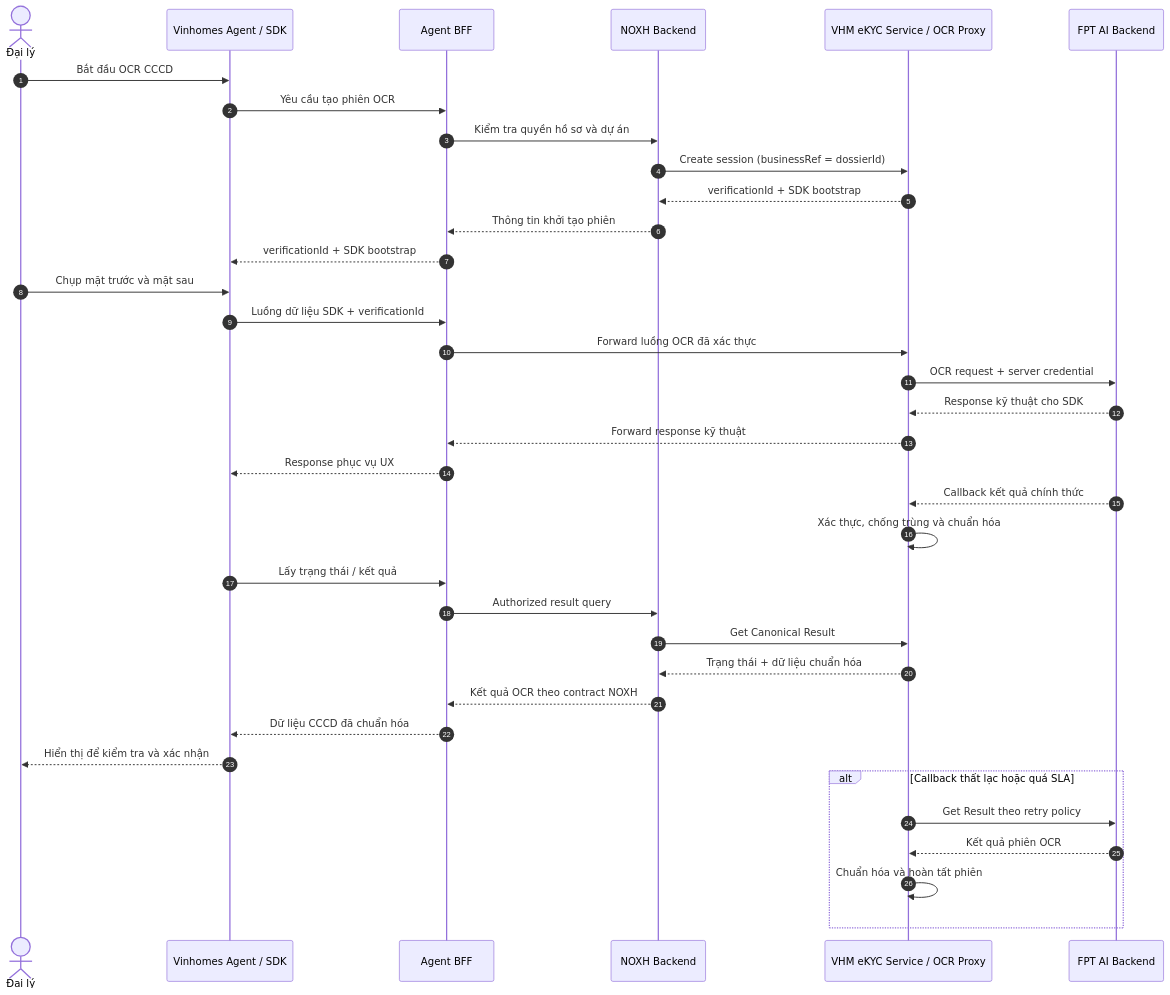
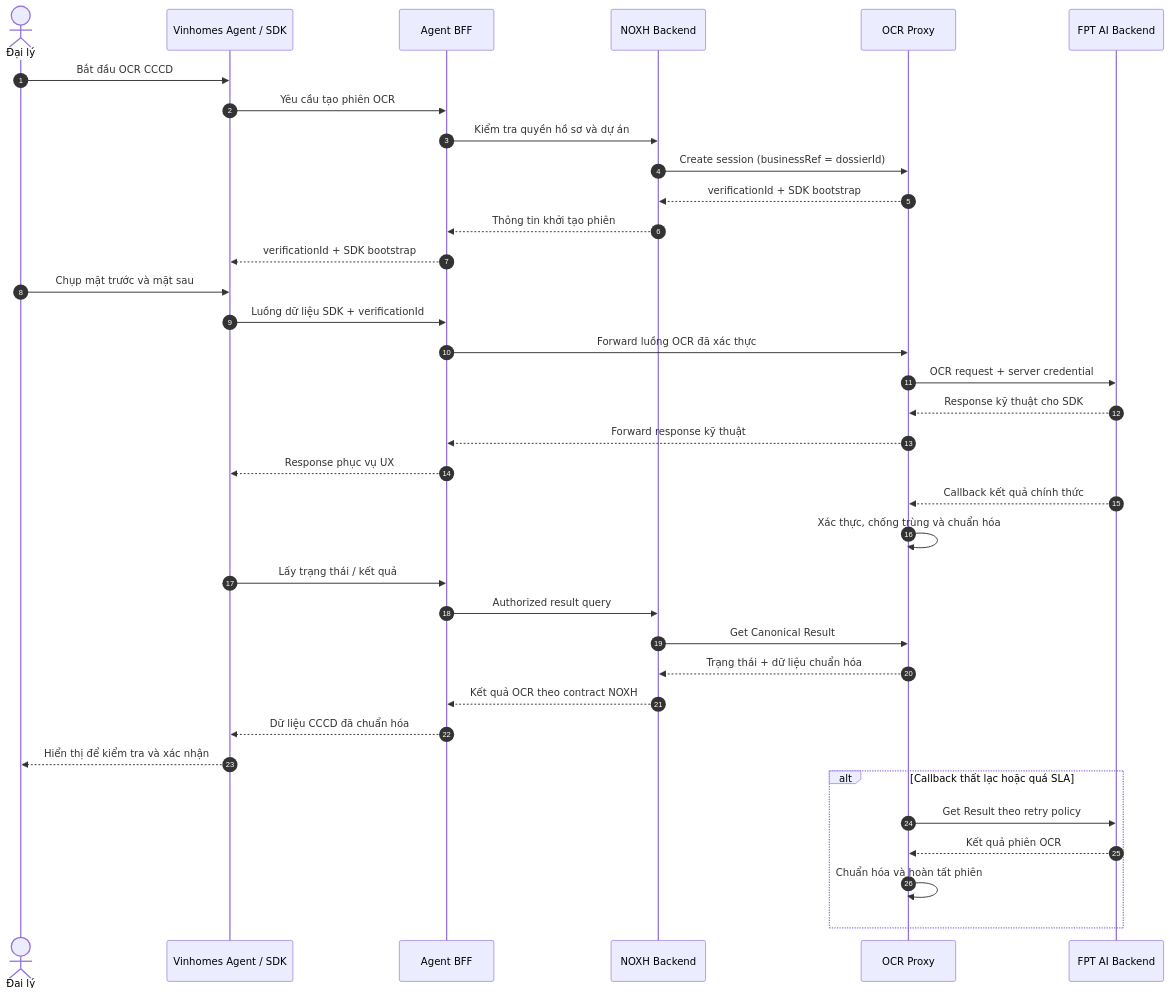
One commit to huynv-xyz/vhm changed the second of 8 diagrams in noxh.md. Above: the diagram before and after it, drawn with Mermaid. The commit also changed other lines of this file, not shown here.

````diff
--- a/noxh.md
+++ b/noxh.md
@@ -164,42 +164,42 @@
 ```mermaid
 sequenceDiagram
     autonumber
     actor DL as Đại lý
     participant APP as Vinhomes Agent / SDK
     participant BFF as Agent BFF
     participant NOXH as NOXH Backend
-    participant OCR as VHM eKYC Service / OCR Proxy
+    participant OCR as OCR Proxy
     participant FPT as FPT AI Backend
 
     DL->>APP: Bắt đầu OCR CCCD
     APP->>BFF: Yêu cầu tạo phiên OCR
     BFF->>NOXH: Kiểm tra quyền hồ sơ và dự án
     NOXH->>OCR: Create session (businessRef = dossierId)
     OCR-->>NOXH: verificationId + SDK bootstrap
     NOXH-->>BFF: Thông tin khởi tạo phiên
     BFF-->>APP: verificationId + SDK bootstrap
 
     DL->>APP: Chụp mặt trước và mặt sau
     APP->>BFF: Luồng dữ liệu SDK + verificationId
     BFF->>OCR: Forward luồng OCR đã xác thực
     OCR->>FPT: OCR request + server credential
     FPT-->>OCR: Response kỹ thuật cho SDK
     OCR-->>BFF: Forward response kỹ thuật
     BFF-->>APP: Response phục vụ UX
 
     FPT-->>OCR: Callback kết quả chính thức
     OCR->>OCR: Xác thực, chống trùng và chuẩn hóa
     APP->>BFF: Lấy trạng thái / kết quả
     BFF->>NOXH: Authorized result query
     NOXH->>OCR: Get Canonical Result
     OCR-->>NOXH: Trạng thái + dữ liệu chuẩn hóa
     NOXH-->>BFF: Kết quả OCR theo contract NOXH
     BFF-->>APP: Dữ liệu CCCD đã chuẩn hóa
     APP-->>DL: Hiển thị để kiểm tra và xác nhận
 
     alt Callback thất lạc hoặc quá SLA
         OCR->>FPT: Get Result theo retry policy
         FPT-->>OCR: Kết quả phiên OCR
         OCR->>OCR: Chuẩn hóa và hoàn tất phiên
     end
 ```
````
